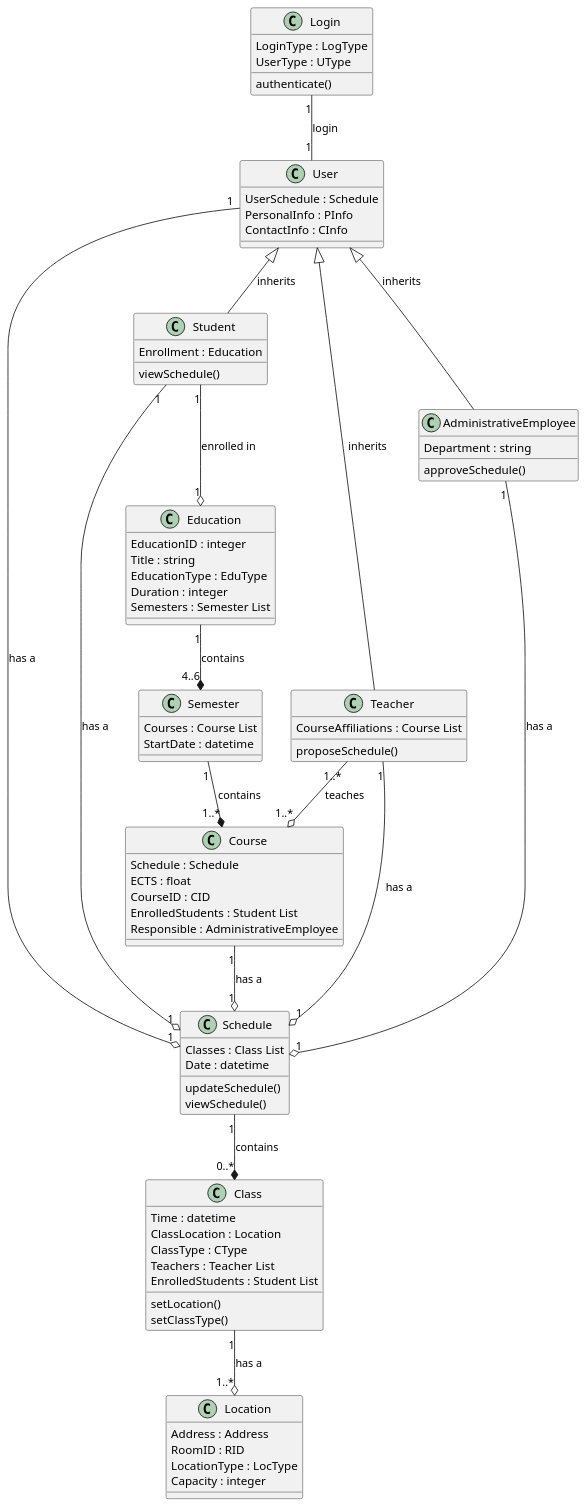
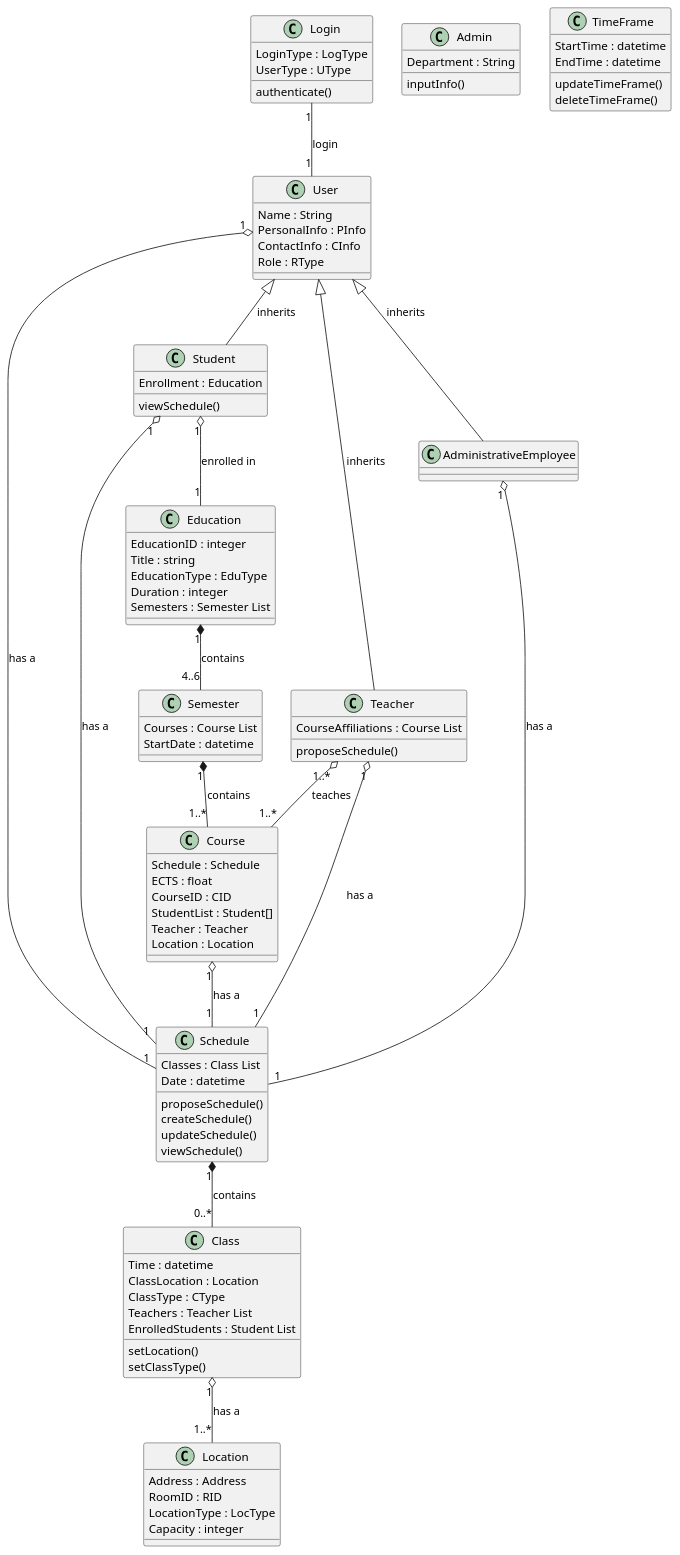
The diagram in ClassDiagram.puml (frejabauch/Systemudvikling_FSIS), drawn with PlantUML before and after one commit. The commit also changed 4 other files, not shown here.

Commit message:
Diagrammer til Iteration 2

```diff
--- a/ClassDiagram.puml
+++ b/ClassDiagram.puml
@@ -1,98 +1,107 @@
 @startuml
 
 class Education {
     EducationID : integer
     Title : string
     EducationType : EduType
     Duration : integer
     Semesters : Semester List
 }
 
 class Schedule{
     Classes : Class List
     Date : datetime
+    proposeSchedule()
+    createSchedule()
     updateSchedule()
     viewSchedule()
 }
 
 class Location{
     Address : Address
     RoomID : RID
     LocationType : LocType
     Capacity : integer
 }
 
 class Course{
     Schedule : Schedule
     ECTS : float
     CourseID : CID
-    EnrolledStudents : Student List
-    Responsible : AdministrativeEmployee
+    StudentList : Student[]
+    Teacher : Teacher
+    Location : Location
 }
 
 class Class{
     Time : datetime
     ClassLocation : Location
     ClassType : CType
     Teachers : Teacher List
     EnrolledStudents : Student List
     setLocation()
     setClassType()
 }
 
 class Login{
     LoginType : LogType
     UserType : UType
     authenticate()
 }
 
 class User{
-    UserSchedule : Schedule
+    Name : String
     PersonalInfo : PInfo
     ContactInfo : CInfo
+    Role : RType
 }
 
 class Semester{
     Courses : Course List
     StartDate : datetime
 }
 
 class Student{
     Enrollment : Education
     viewSchedule()
-
 }
 
 class Teacher{
     CourseAffiliations : Course List
     proposeSchedule()
 }
 
-class AdministrativeEmployee{
-    Department : string
-    approveSchedule()
+class Admin{
+    Department : String
+    inputInfo()
 }
 
+class TimeFrame{
+    StartTime : datetime
+    EndTime : datetime
+    updateTimeFrame()
+    deleteTimeFrame()
+}
 
-User"1" --o "1" Schedule : has a
-Course"1" --o "1" Schedule : has a
-Student"1" --o "1" Schedule : has a
-Teacher"1" --o "1" Schedule : has a
-AdministrativeEmployee"1" --o "1" Schedule : has a
+User"1" o-- "1" Schedule : has a
+Course"1" o-- "1" Schedule : has a
+Student"1" o-- "1" Schedule : has a
+Teacher"1" o-- "1" Schedule : has a
+AdministrativeEmployee"1" o-- "1" Schedule : has a
 
-Education"1" --* "4..6" Semester : contains
+Education"1" *-- "4..6" Semester : contains
 
-Class "1" --o "1..*"Location : has a
+Class "1" o-- "1..*"Location : has a
 
 User <|-- Student : inherits
 User <|-- Teacher : inherits
 User <|-- AdministrativeEmployee : inherits
 
-Semester"1" --* "1..*" Course : contains
-Schedule"1" --* "0..*" Class : contains
-Teacher"1..*" --o "1..*" Course : teaches
-Student"1" --o "1" Education : enrolled in
+Semester"1" *-- "1..*" Course : contains
+Schedule"1" *-- "0..*" Class : contains
+Teacher"1..*" o-- "1..*" Course : teaches
+Student"1" o-- "1" Education : enrolled in
 
 Login "1" -- "1" User : login
 
 @enduml
```
